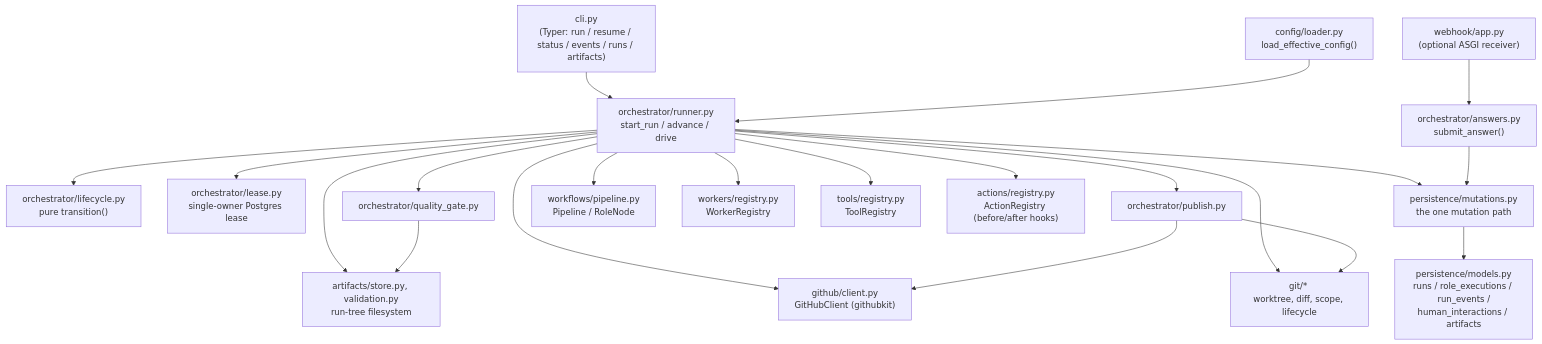
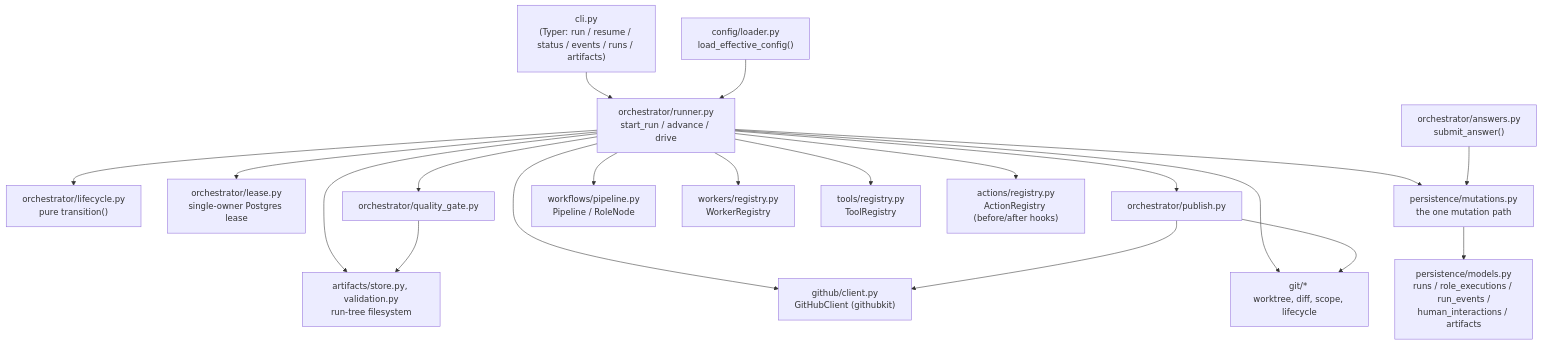
One commit to mariakravchenko/dark-factory changed the diagram in docs/ARCHITECTURE.md. Above: the diagram before and after it, drawn with Mermaid. The commit also changed other lines of this file and 6 other files, not shown here.

````diff
--- a/docs/ARCHITECTURE.md
+++ b/docs/ARCHITECTURE.md
@@ -39,42 +38,40 @@
 ```mermaid
 graph TD
     CLI["cli.py<br/>(Typer: run / resume / status / events / runs / artifacts)"]
-    WEBHOOK["webhook/app.py<br/>(optional ASGI receiver)"]
     RUNNER["orchestrator/runner.py<br/>start_run / advance / drive"]
     LIFECYCLE["orchestrator/lifecycle.py<br/>pure transition()"]
     LEASE["orchestrator/lease.py<br/>single-owner Postgres lease"]
     ANSWERS["orchestrator/answers.py<br/>submit_answer()"]
     QGATE["orchestrator/quality_gate.py"]
     PUBLISH["orchestrator/publish.py"]
     MUT["persistence/mutations.py<br/>the one mutation path"]
     MODELS["persistence/models.py<br/>runs / role_executions / run_events /<br/>human_interactions / artifacts"]
     PIPELINE["workflows/pipeline.py<br/>Pipeline / RoleNode"]
     WORKERS["workers/registry.py<br/>WorkerRegistry"]
     TOOLS["tools/registry.py<br/>ToolRegistry"]
     ACTIONS["actions/registry.py<br/>ActionRegistry (before/after hooks)"]
     GIT["git/* <br/>worktree, diff, scope, lifecycle"]
     GITHUB["github/client.py<br/>GitHubClient (githubkit)"]
     CONFIG["config/loader.py<br/>load_effective_config()"]
     ARTIFACTS["artifacts/store.py, validation.py<br/>run-tree filesystem"]
 
     CLI --> RUNNER
-    WEBHOOK --> ANSWERS
     CONFIG --> RUNNER
     RUNNER --> LIFECYCLE
     RUNNER --> LEASE
     RUNNER --> MUT
     RUNNER --> PIPELINE
     RUNNER --> WORKERS
     RUNNER --> TOOLS
     RUNNER --> ACTIONS
     RUNNER --> GIT
     RUNNER --> GITHUB
     RUNNER --> QGATE
     RUNNER --> PUBLISH
     RUNNER --> ARTIFACTS
     ANSWERS --> MUT
     MUT --> MODELS
     QGATE --> ARTIFACTS
     PUBLISH --> GIT
     PUBLISH --> GITHUB
 ```
````
